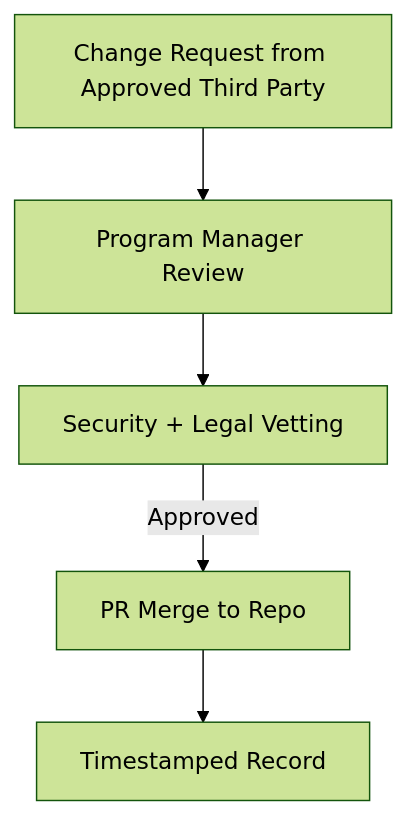
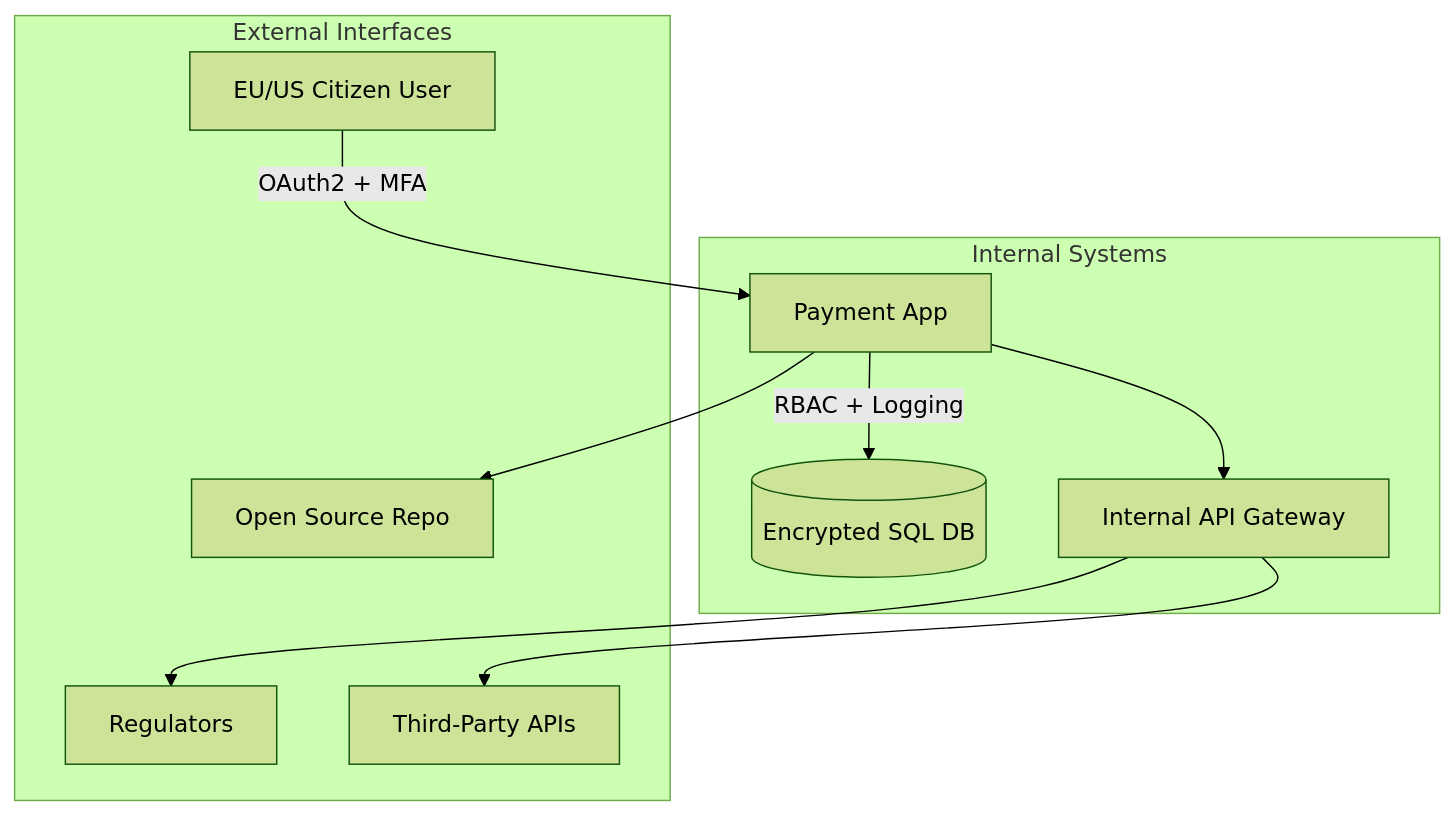
One commit to emcdo411/founders-flight-deck-day1 changed the diagram in GOVERNANCE-DAY1.md. Above: the diagram before and after it, drawn with Mermaid (forest theme). The commit also changed other lines of this file, not shown here.

`````diff
--- a/GOVERNANCE-DAY1.md
+++ b/GOVERNANCE-DAY1.md
@@ -83,7 +110,22 @@
 ```mermaid
-graph TB
-  PartnerRequest[Change Request from Approved Third Party] --> PMReview[Program Manager Review]
-  PMReview --> SecurityCheck[Security + Legal Vetting]
-  SecurityCheck -->|Approved| GitMerge[PR Merge to Repo]
-  GitMerge --> AuditLog[Timestamped Record]
-```
+flowchart TD
+    subgraph Internal Systems
+        DB[(Encrypted SQL DB)]
+        App[Payment App]
+        API[Internal API Gateway]
+    end
+
+    subgraph External Interfaces
+        User[EU/US Citizen User]
+        OpenCollab[Open Source Repo]
+        Gov[Regulators]
+        Vendors[Third-Party APIs]
+    end
+
+    User -->|OAuth2 + MFA| App
+    App -->|RBAC + Logging| DB
+    App --> API
+    API --> Vendors
+    App --> OpenCollab
+    API --> Gov
+````
`````
